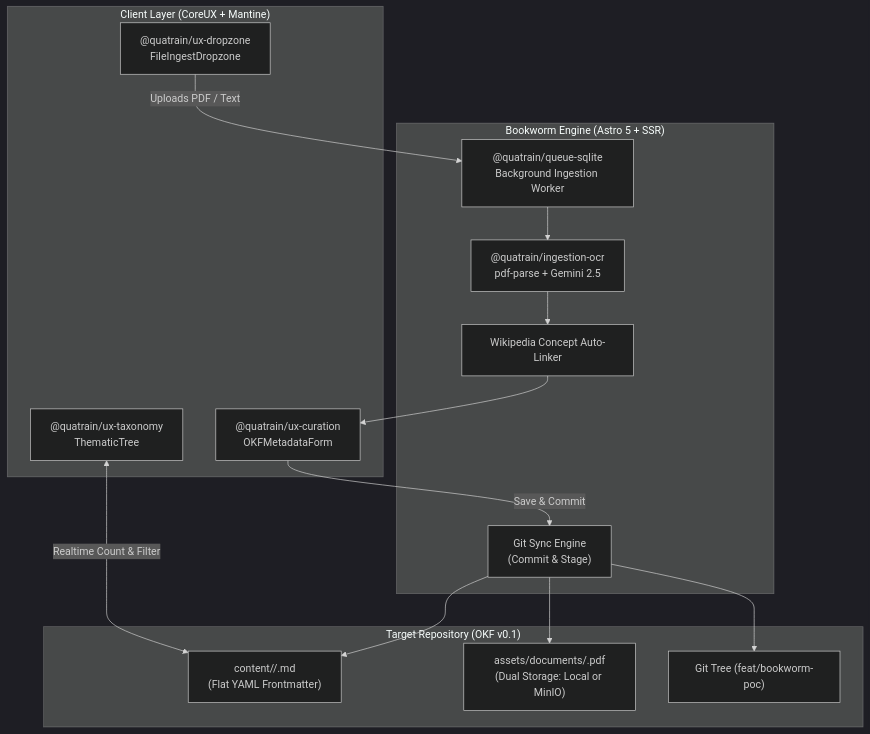
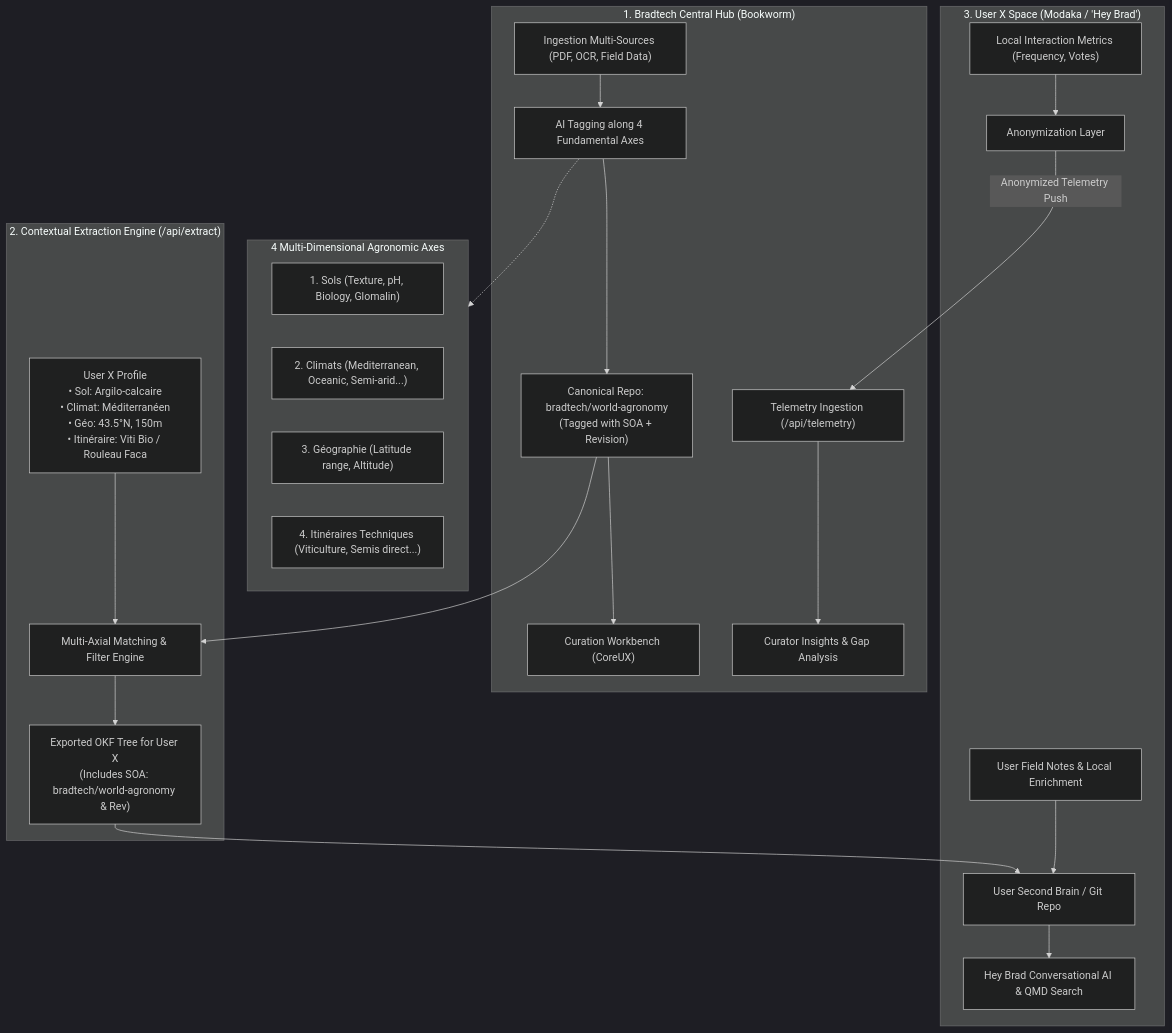
One commit to Quatrain/modaka-hub changed the diagram in POC_WORKBOOK.md. Above: the diagram before and after it, drawn with Mermaid (dark theme). The commit also changed other lines of this file and 14 other files, not shown here.

Commit message:
feat(bookworm): implement multi-axial Bradtech classification, contextual extraction for Hey Brad, and anonymized telemetry loop

````diff
--- a/POC_WORKBOOK.md
+++ b/POC_WORKBOOK.md
@@ -14,31 +14,33 @@
 ```mermaid
 flowchart TD
-    subgraph UI ["Client Layer (CoreUX + Mantine)"]
-        Tree["@quatrain/ux-taxonomy<br>ThematicTree"]
-        Dropzone["@quatrain/ux-dropzone<br>FileIngestDropzone"]
-        Form["@quatrain/ux-curation<br>OKFMetadataForm"]
+    subgraph Hub ["1. Bradtech Central Hub (Bookworm)"]
+        RawDocs["Ingestion Multi-Sources (PDF, OCR, Field Data)"] --> AI["AI Tagging along 4 Fundamental Axes"]
+        AI --> WorldRepo["Canonical Repo: bradtech/world-agronomy<br>(Tagged with SOA + Revision)"]
+        WorldRepo --> Workbench["Curation Workbench (CoreUX)"]
+        TelemetryCollector["Telemetry Ingestion (/api/telemetry)"] --> Analytics["Curator Insights & Gap Analysis"]
     end
 
-    subgraph Server ["Bookworm Engine (Astro 5 + SSR)"]
-        Queue["@quatrain/queue-sqlite<br>Background Ingestion Worker"]
-        OCR["@quatrain/ingestion-ocr<br>pdf-parse + Gemini 2.5"]
-        AutoLink["Wikipedia Concept Auto-Linker"]
-        GitSync["Git Sync Engine<br>(Commit & Stage)"]
+    subgraph Axes ["4 Multi-Dimensional Agronomic Axes"]
+        Axis1["1. Sols (Texture, pH, Biology, Glomalin)"]
+        Axis2["2. Climats (Mediterranean, Oceanic, Semi-arid...)"]
+        Axis3["3. Géographie (Latitude range, Altitude)"]
+        Axis4["4. Itinéraires Techniques (Viticulture, Semis direct...)"]
     end
 
-    subgraph Storage ["Target Repository (OKF v0.1)"]
-        Markdown["content/<thematic>/<slug>.md<br>(Flat YAML Frontmatter)"]
-        Assets["assets/documents/<filename>.pdf<br>(Dual Storage: Local or MinIO)"]
-        Git["Git Tree (feat/bookworm-poc)"]
+    subgraph Extraction ["2. Contextual Extraction Engine (/api/extract)"]
+        UserProfile["User X Profile<br>• Sol: Argilo-calcaire<br>• Climat: Méditerranéen<br>• Géo: 43.5°N, 150m<br>• Itinéraire: Viti Bio / Rouleau Faca"]
+        WorldRepo --> FilterEngine["Multi-Axial Matching & Filter Engine"]
+        UserProfile --> FilterEngine
+        FilterEngine --> UserOKF["Exported OKF Tree for User X<br>(Includes SOA: bradtech/world-agronomy & Rev)"]
     end
 
-    Dropzone -->|Uploads PDF / Text| Queue
-    Queue --> OCR
-    OCR --> AutoLink
-    AutoLink --> Form
-    Form -->|Save & Commit| GitSync
-    GitSync --> Markdown
-    GitSync --> Assets
-    GitSync --> Git
-    Tree <-->|Realtime Count & Filter| Markdown
+    subgraph ClientSpace ["3. User X Space (Modaka / 'Hey Brad')"]
+        UserOKF --> LocalStorage["User Second Brain / Git Repo"]
+        LocalStorage --> HeyBrad["Hey Brad Conversational AI & QMD Search"]
+        UserEnrichment["User Field Notes & Local Enrichment"] --> LocalStorage
+        LocalMetrics["Local Interaction Metrics (Frequency, Votes)"] --> Anonymizer["Anonymization Layer"]
+        Anonymizer -->|Anonymized Telemetry Push| TelemetryCollector
+    end
+
+    AI -.-> Axes
 ```
````
